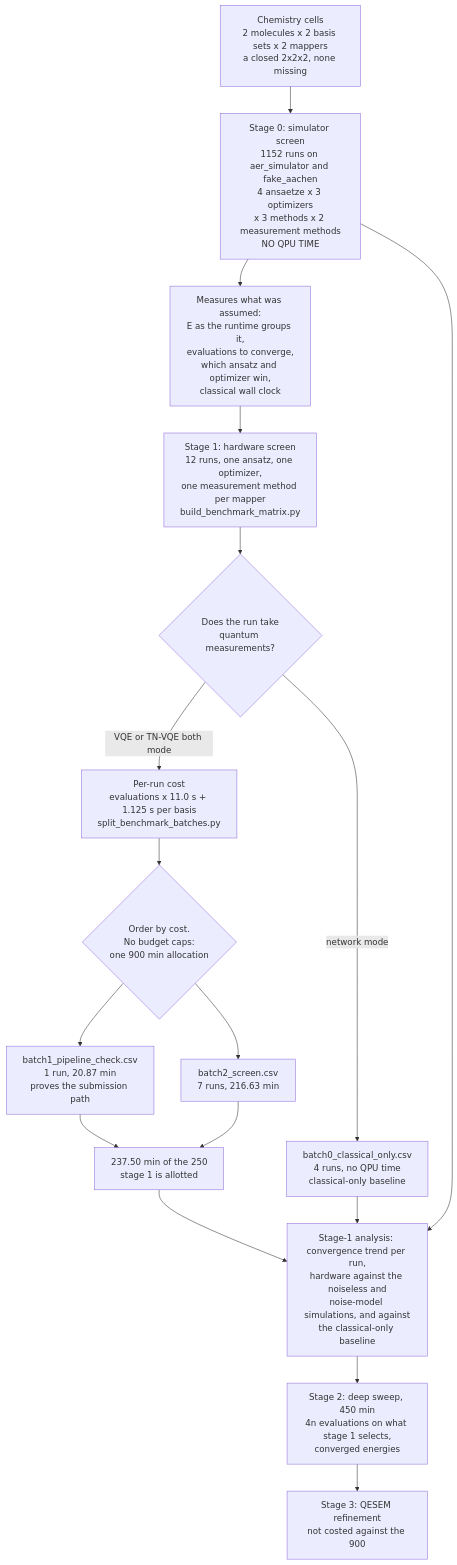
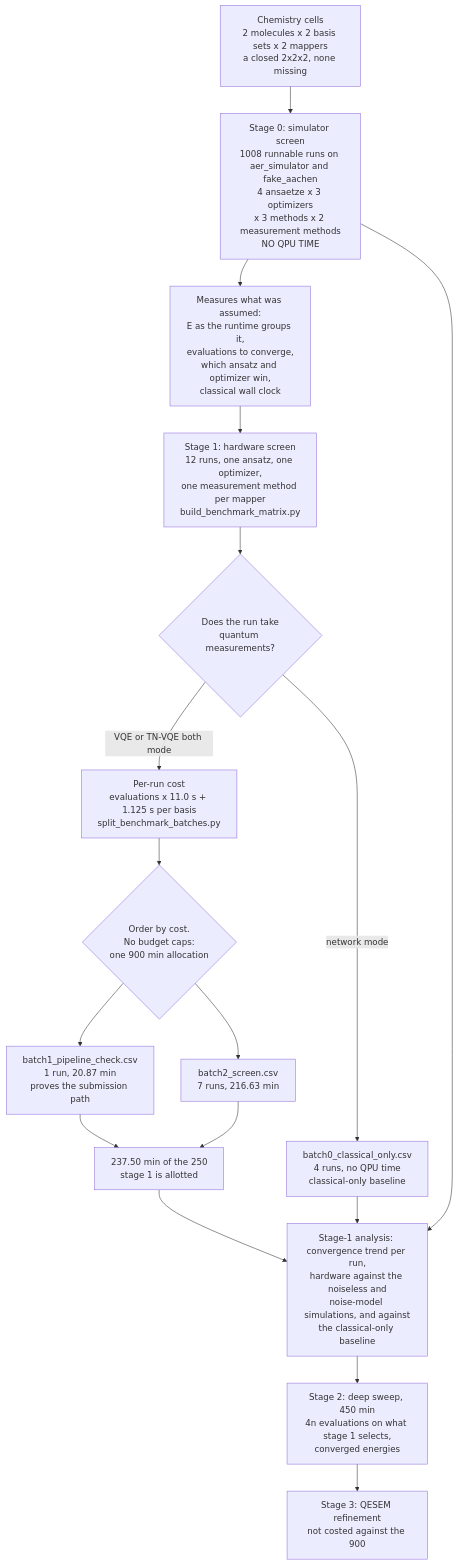
Before and after one commit to MQSdk/qpubench: the diagram in data/benchmarks/ibm_tn-vqe_qesem/README.md, drawn with Mermaid. The commit also changed other lines of this file and 9 other files, not shown here.

````diff
--- a/data/benchmarks/ibm_tn-vqe_qesem/README.md
+++ b/data/benchmarks/ibm_tn-vqe_qesem/README.md
@@ -613,23 +657,23 @@
 ```mermaid
 flowchart TD
     A["Chemistry cells<br/>2 molecules x 2 basis sets x 2 mappers<br/>a closed 2x2x2, none missing"]
-    A --> S["Stage 0: simulator screen<br/>1152 runs on aer_simulator and fake_aachen<br/>4 ansaetze x 3 optimizers<br/>x 3 methods x 2 measurement methods<br/>NO QPU TIME"]
+    A --> S["Stage 0: simulator screen<br/>1008 runnable runs on aer_simulator and fake_aachen<br/>4 ansaetze x 3 optimizers<br/>x 3 methods x 2 measurement methods<br/>NO QPU TIME"]
     S --> M["Measures what was assumed:<br/>E as the runtime groups it,<br/>evaluations to converge,<br/>which ansatz and optimizer win,<br/>classical wall clock"]
     M --> B["Stage 1: hardware screen<br/>12 runs, one ansatz, one optimizer,<br/>one measurement method per mapper<br/>build_benchmark_matrix.py"]
 
     B --> Z{"Does the run take<br/>quantum measurements?"}
     Z -- "network mode" --> Y["batch0_classical_only.csv<br/>4 runs, no QPU time<br/>classical-only baseline"]
     Z -- "VQE or TN-VQE both mode" --> C["Per-run cost<br/>evaluations x 11.0 s + 1.125 s per basis<br/>split_benchmark_batches.py"]
 
     C --> H{"Order by cost.<br/>No budget caps:<br/>one 900 min allocation"}
     H --> I["batch1_pipeline_check.csv<br/>1 run, 20.87 min<br/>proves the submission path"]
     H --> J["batch2_screen.csv<br/>7 runs, 216.63 min"]
     I --> R["237.50 min of the 250<br/>stage 1 is allotted"]
     J --> R
 
     R --> N["Stage-1 analysis: convergence trend per run,<br/>hardware against the noiseless and<br/>noise-model simulations, and against<br/>the classical-only baseline"]
     Y --> N
     S --> N
     N --> O["Stage 2: deep sweep, 450 min<br/>4n evaluations on what stage 1 selects,<br/>converged energies"]
     O --> P["Stage 3: QESEM refinement<br/>not costed against the 900"]
 ```
````
